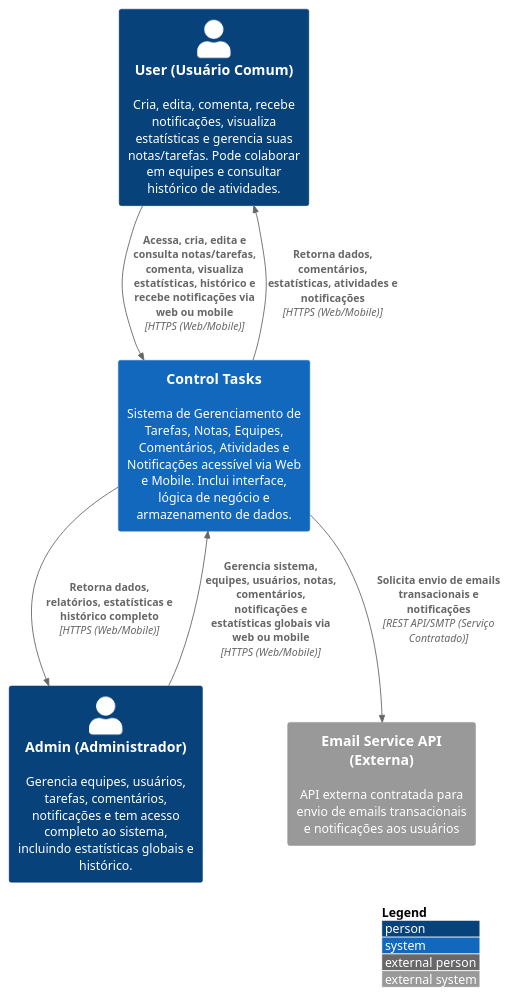
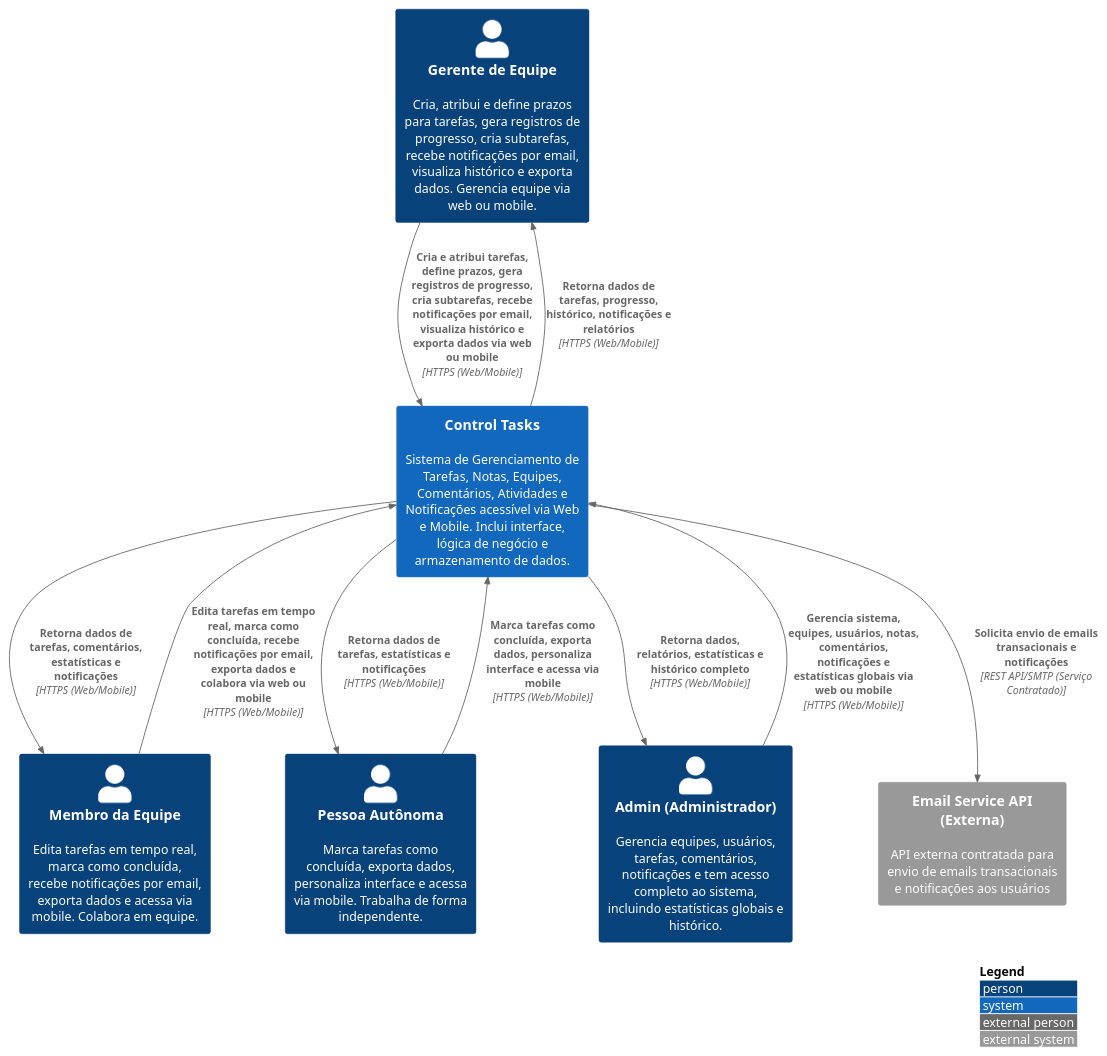
One commit to juliocesarfs/tjgo-projeto-software changed the diagram in diagramas c4/DIAGRAMA_C4_CONTEXTO.puml. Above: the diagram before and after it, drawn with PlantUML.

Commit message:
docs: update C4 context diagram to include detailed roles and relationships for team manager, team member, and autonomous user

```diff
--- a/diagramas c4/DIAGRAMA_C4_CONTEXTO.puml
+++ b/diagramas c4/DIAGRAMA_C4_CONTEXTO.puml
@@ -1,58 +1,70 @@
 @startuml C4_Context_ControlTasks
 
 !include https://raw.githubusercontent.com/plantuml-stdlib/C4-PlantUML/master/C4_Context.puml
 
 ' ============================================================================
 ' SYSTEM CONTEXT DIAGRAM - Level 1
 ' Control Tasks - Sistema de Gerenciamento de Tarefas, Notas, Equipes, Comentários, Atividades e Notificações (Web e Mobile)
 ' ============================================================================
 
 LAYOUT_WITH_LEGEND()
 
 ' ============================================================================
 ' ATORES / USUÁRIOS
 ' ============================================================================
-Person(userPerson, "User (Usuário Comum)", "Cria, edita, comenta, recebe notificações, visualiza estatísticas e gerencia suas notas/tarefas. Pode colaborar em equipes e consultar histórico de atividades.")
+Person(teamManager, "Gerente de Equipe", "Cria, atribui e define prazos para tarefas, gera registros de progresso, cria subtarefas, recebe notificações por email, visualiza histórico e exporta dados. Gerencia equipe via web ou mobile.")
+
+Person(teamMember, "Membro da Equipe", "Edita tarefas em tempo real, marca como concluída, recebe notificações por email, exporta dados e acessa via mobile. Colabora em equipe.")
+
+Person(autonomous, "Pessoa Autônoma", "Marca tarefas como concluída, exporta dados, personaliza interface e acessa via mobile. Trabalha de forma independente.")
 
 Person(adminPerson, "Admin (Administrador)", "Gerencia equipes, usuários, tarefas, comentários, notificações e tem acesso completo ao sistema, incluindo estatísticas globais e histórico.")
 
 
 
 
 ' ============================================================================
 ' SISTEMA PRINCIPAL
 ' ============================================================================
 System(controlTasks, "Control Tasks", "Sistema de Gerenciamento de Tarefas, Notas, Equipes, Comentários, Atividades e Notificações acessível via Web e Mobile. Inclui interface, lógica de negócio e armazenamento de dados.")
 
 ' ============================================================================
 ' BANCO DE DADOS
 ' ============================================================================
 
 
 ' ============================================================================
 ' SISTEMAS EXTERNOS (FUTURO)
 ' ============================================================================
 System_Ext(emailService, "Email Service API (Externa)", "API externa contratada para envio de emails transacionais e notificações aos usuários")
 
 ' ============================================================================
 ' RELACIONAMENTOS
 ' ============================================================================
 
 
 
 
 
-' Usuário comum
-Rel(userPerson, controlTasks, "Acessa, cria, edita e consulta notas/tarefas, comenta, visualiza estatísticas, histórico e recebe notificações via web ou mobile", "HTTPS (Web/Mobile)")
-Rel(controlTasks, userPerson, "Retorna dados, comentários, estatísticas, atividades e notificações", "HTTPS (Web/Mobile)")
+' Gerente de Equipe
+Rel(teamManager, controlTasks, "Cria e atribui tarefas, define prazos, gera registros de progresso, cria subtarefas, recebe notificações por email, visualiza histórico e exporta dados via web ou mobile", "HTTPS (Web/Mobile)")
+Rel(controlTasks, teamManager, "Retorna dados de tarefas, progresso, histórico, notificações e relatórios", "HTTPS (Web/Mobile)")
+
+' Membro da Equipe
+Rel(teamMember, controlTasks, "Edita tarefas em tempo real, marca como concluída, recebe notificações por email, exporta dados e colabora via web ou mobile", "HTTPS (Web/Mobile)")
+Rel(controlTasks, teamMember, "Retorna dados de tarefas, comentários, estatísticas e notificações", "HTTPS (Web/Mobile)")
+
+' Pessoa Autônoma
+Rel(autonomous, controlTasks, "Marca tarefas como concluída, exporta dados, personaliza interface e acessa via mobile", "HTTPS (Web/Mobile)")
+Rel(controlTasks, autonomous, "Retorna dados de tarefas, estatísticas e notificações", "HTTPS (Web/Mobile)")
 
 ' Admin
 Rel(adminPerson, controlTasks, "Gerencia sistema, equipes, usuários, notas, comentários, notificações e estatísticas globais via web ou mobile", "HTTPS (Web/Mobile)")
 Rel(controlTasks, adminPerson, "Retorna dados, relatórios, estatísticas e histórico completo", "HTTPS (Web/Mobile)")
 
 
 
 ' Integração com Email
 Rel(controlTasks, emailService, "Solicita envio de emails transacionais e notificações", "REST API/SMTP (Serviço Contratado)")
 
 @enduml
```
